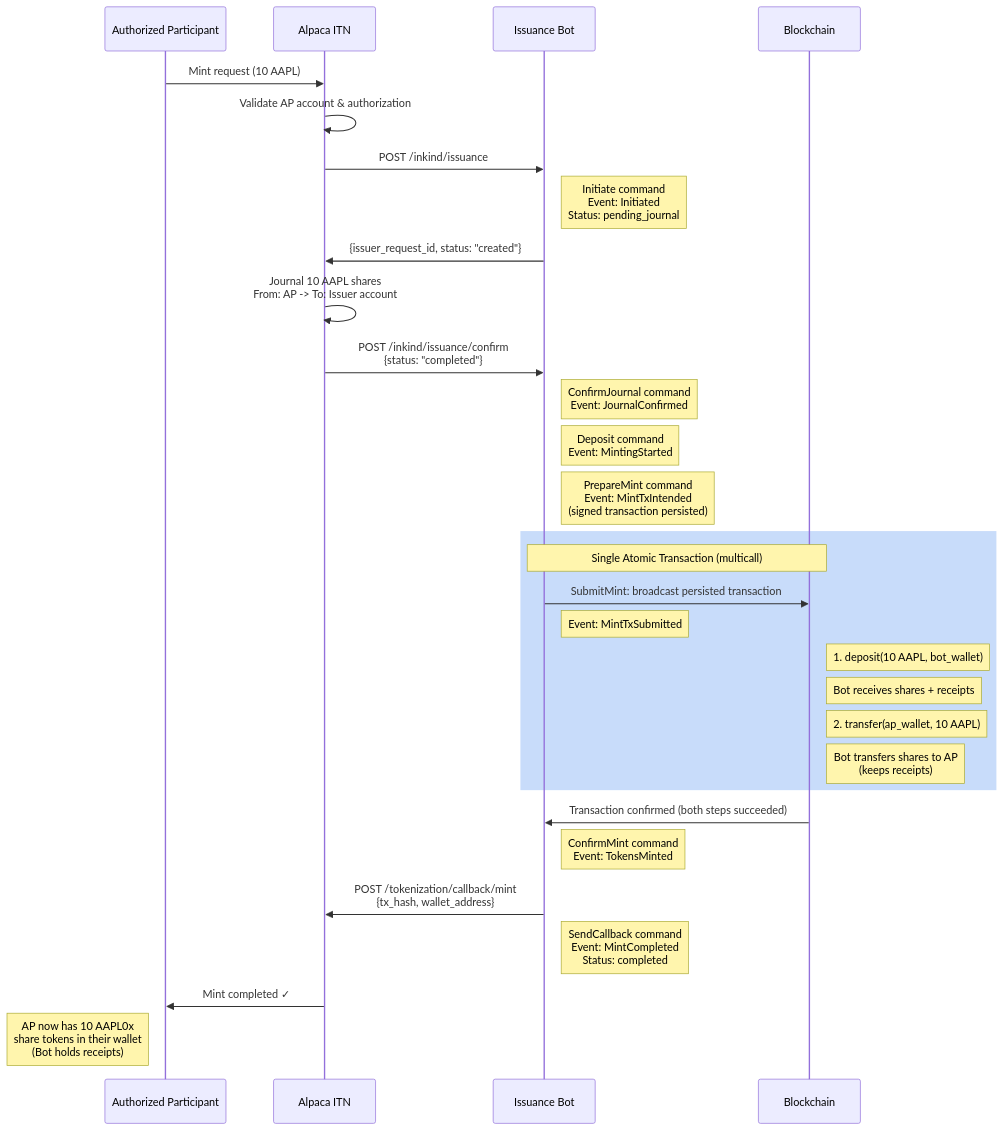
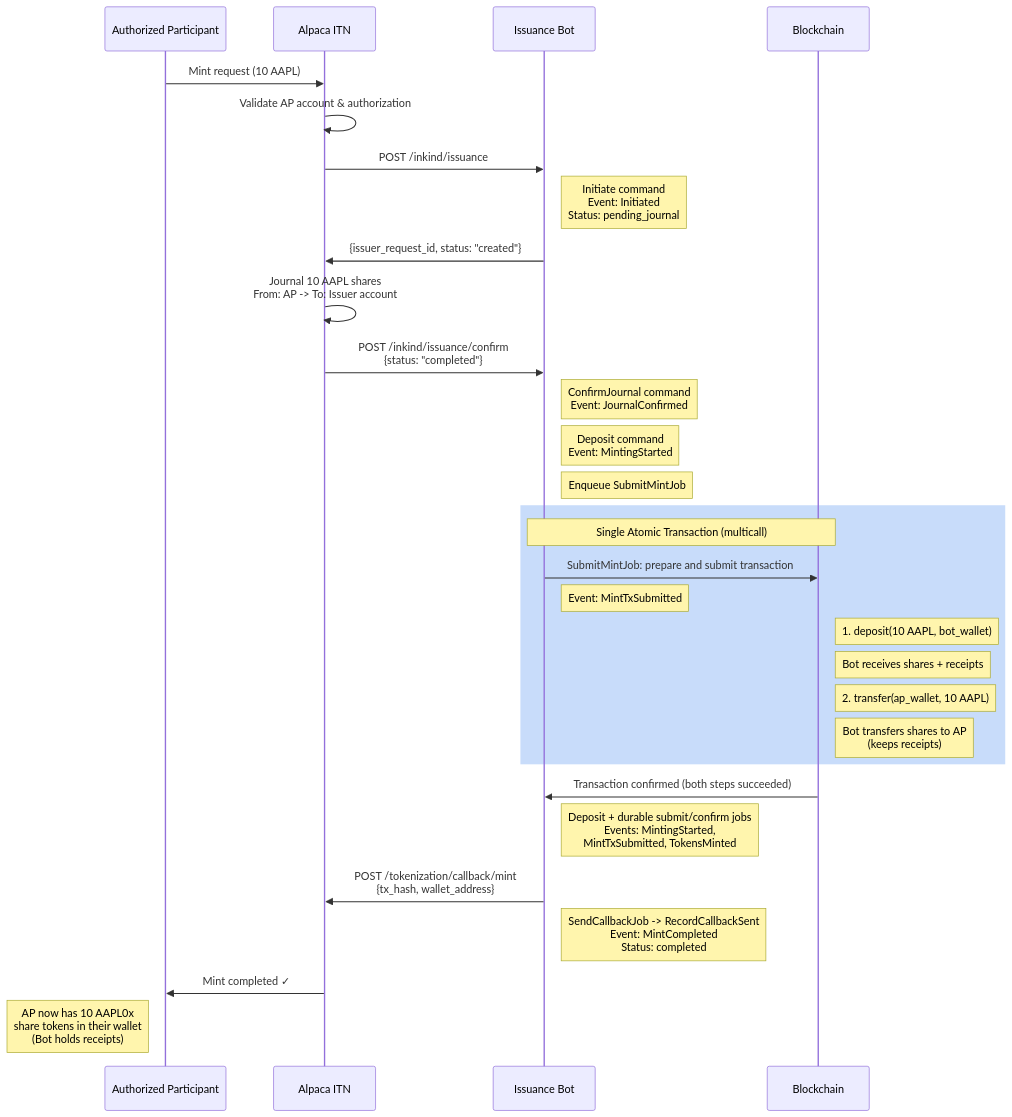
The third of 7 diagrams in SPEC.md (ST0x-Technology/st0x.issuance), drawn with Mermaid before and after one commit. The commit also changed other lines of this file and 4 other files, not shown here.

````diff
--- a/SPEC.md
+++ b/SPEC.md
@@ -1297,37 +1263,37 @@
 ```mermaid
 sequenceDiagram
     participant AP as Authorized Participant
     participant Alpaca as Alpaca ITN
     participant Us as Issuance Bot
     participant Blockchain as Blockchain
 
     AP->>Alpaca: Mint request (10 AAPL)
     Alpaca->>Alpaca: Validate AP account & authorization
     Alpaca->>Us: POST /inkind/issuance
     Note right of Us: Initiate command<br/>Event: Initiated<br/>Status: pending_journal
     Us->>Alpaca: {issuer_request_id, status: "created"}
 
     Alpaca->>Alpaca: Journal 10 AAPL shares<br/>From: AP -> To: Issuer account
     Alpaca->>Us: POST /inkind/issuance/confirm<br/>{status: "completed"}
     Note right of Us: ConfirmJournal command<br/>Event: JournalConfirmed
     Note right of Us: Deposit command<br/>Event: MintingStarted
-    Note right of Us: PrepareMint command<br/>Event: MintTxIntended<br/>(signed transaction persisted)
+    Note right of Us: Enqueue SubmitMintJob
 
     rect rgb(200, 220, 250)
         Note over Us,Blockchain: Single Atomic Transaction (multicall)
-        Us->>Blockchain: SubmitMint: broadcast persisted transaction
+        Us->>Blockchain: SubmitMintJob: prepare and submit transaction
         Note right of Us: Event: MintTxSubmitted
         Note right of Blockchain: 1. deposit(10 AAPL, bot_wallet)
         Note right of Blockchain: Bot receives shares + receipts
         Note right of Blockchain: 2. transfer(ap_wallet, 10 AAPL)
         Note right of Blockchain: Bot transfers shares to AP<br/>(keeps receipts)
     end
     Blockchain->>Us: Transaction confirmed (both steps succeeded)
-    Note right of Us: ConfirmMint command<br/>Event: TokensMinted
+    Note right of Us: Deposit + durable submit/confirm jobs<br/>Events: MintingStarted,<br/>MintTxSubmitted, TokensMinted
 
     Us->>Alpaca: POST /tokenization/callback/mint<br/>{tx_hash, wallet_address}
-    Note right of Us: SendCallback command<br/>Event: MintCompleted<br/>Status: completed
+    Note right of Us: SendCallbackJob -> RecordCallbackSent<br/>Event: MintCompleted<br/>Status: completed
 
     Alpaca->>AP: Mint completed ✓
     Note left of AP: AP now has 10 AAPL0x<br/>share tokens in their wallet<br/>(Bot holds receipts)
 ```
````
